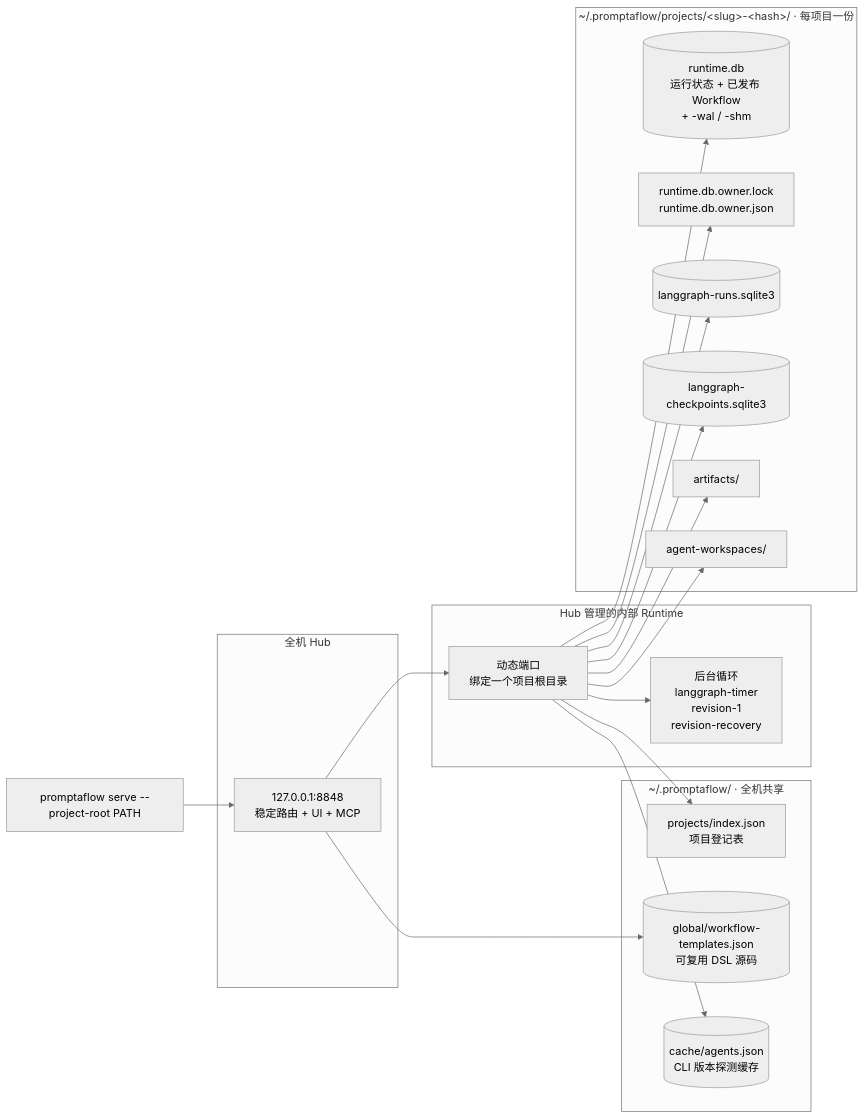
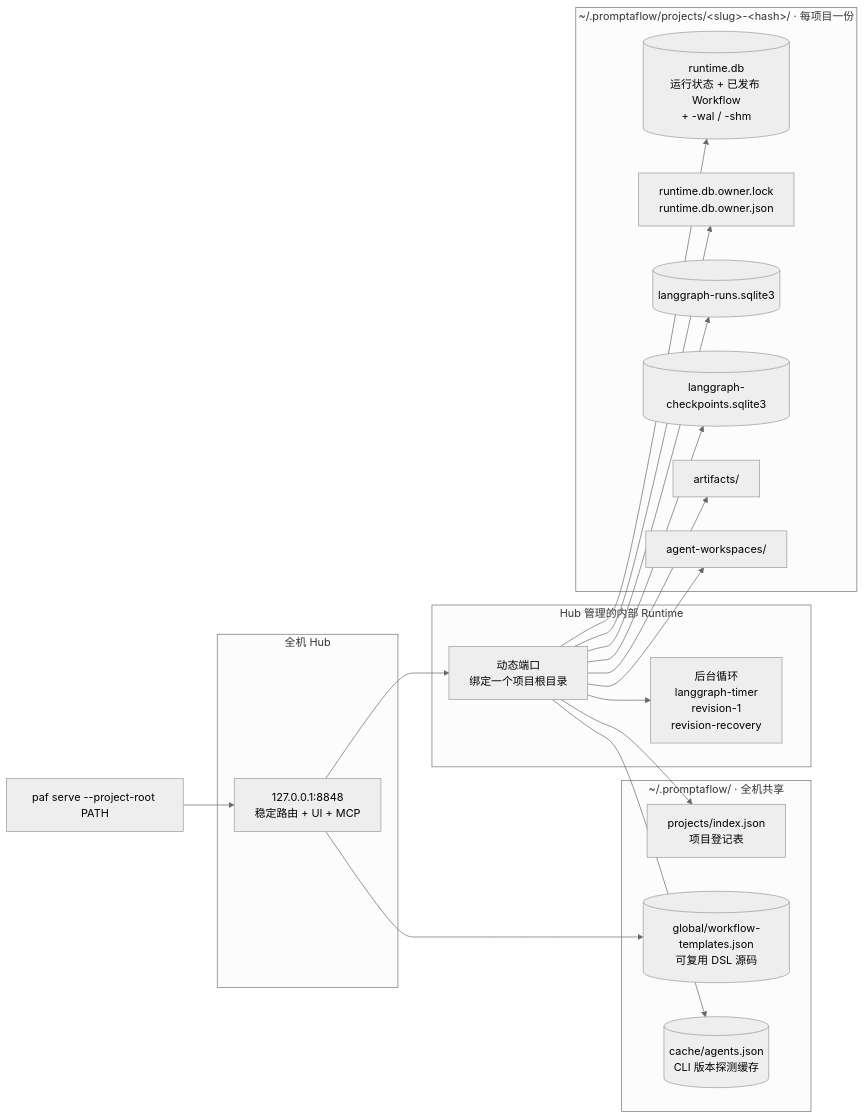
The second of 6 diagrams in docs/architecture.md (TNJ2026/orbit-runtime), drawn with Mermaid (neutral theme) before and after one commit. The commit also changed other lines of this file and 43 other files, not shown here.

````diff
--- a/docs/architecture.md
+++ b/docs/architecture.md
@@ -88,38 +88,38 @@
 ```mermaid
 flowchart LR
-    CLI["promptaflow serve --project-root PATH"] --> HUB
+    CLI["paf serve --project-root PATH"] --> HUB
     subgraph proc["全机 Hub"]
         HUB["127.0.0.1:8848<br/>稳定路由 + UI + MCP"]
     end
     HUB --> CHILD
     subgraph runtime["Hub 管理的内部 Runtime"]
         CHILD["动态端口<br/>绑定一个项目根目录"]
         LOOPS["后台循环<br/>langgraph-timer<br/>revision-1<br/>revision-recovery"]
         CHILD --> LOOPS
     end
 
     subgraph hostwide["~/.promptaflow/ · 全机共享"]
         IDX["projects/index.json<br/>项目登记表"]
         TEMPLATES[("global/workflow-templates.json<br/>可复用 DSL 源码")]
         CACHE[("cache/agents.json<br/>CLI 版本探测缓存")]
     end
 
     subgraph perproj["~/.promptaflow/projects/&lt;slug&gt;-&lt;hash&gt;/ · 每项目一份"]
         RDB[("runtime.db<br/>运行状态 + 已发布 Workflow<br/>+ -wal / -shm")]
         LOCK["runtime.db.owner.lock<br/>runtime.db.owner.json"]
         RUNS[("langgraph-runs.sqlite3")]
         CKPT[("langgraph-checkpoints.sqlite3")]
         ARTD["artifacts/"]
         WSD["agent-workspaces/"]
     end
 
     CHILD --> RDB
     CHILD --> RUNS
     CHILD --> CKPT
     CHILD --> ARTD
     CHILD --> WSD
     CHILD --> LOCK
     HUB --> TEMPLATES
     CHILD --> CACHE
     CHILD --> IDX
 ```
````
